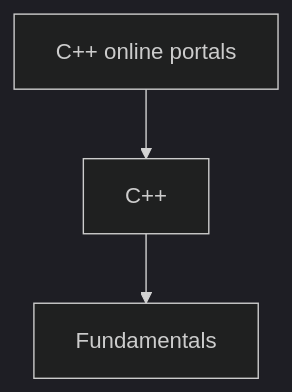
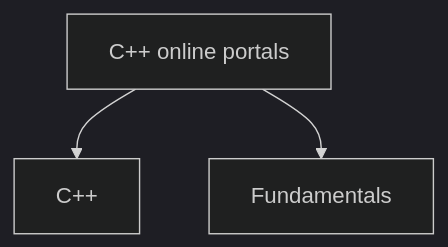
Before and after one commit to Dvurechensky/Dvurechensky: the sixth of 7 diagrams in README_en.md, drawn with Mermaid (dark theme). The commit also changed other lines of this file and 3 other files, not shown here.

````diff
--- a/README_en.md
+++ b/README_en.md
@@ -227,6 +227,6 @@
 ```mermaid
 graph TD
   C[C++ online portals]
   C --> W[C++]
-  W --> W1[Fundamentals]
+  C --> W1[Fundamentals]
 ```
````
